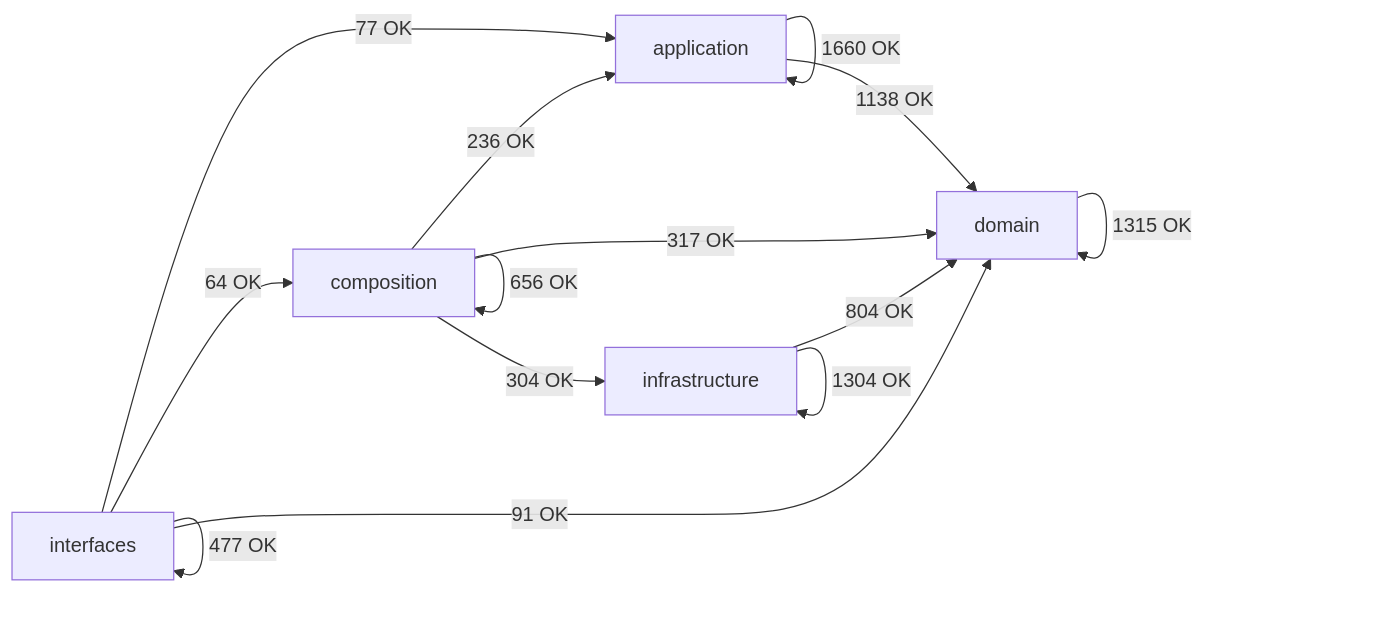
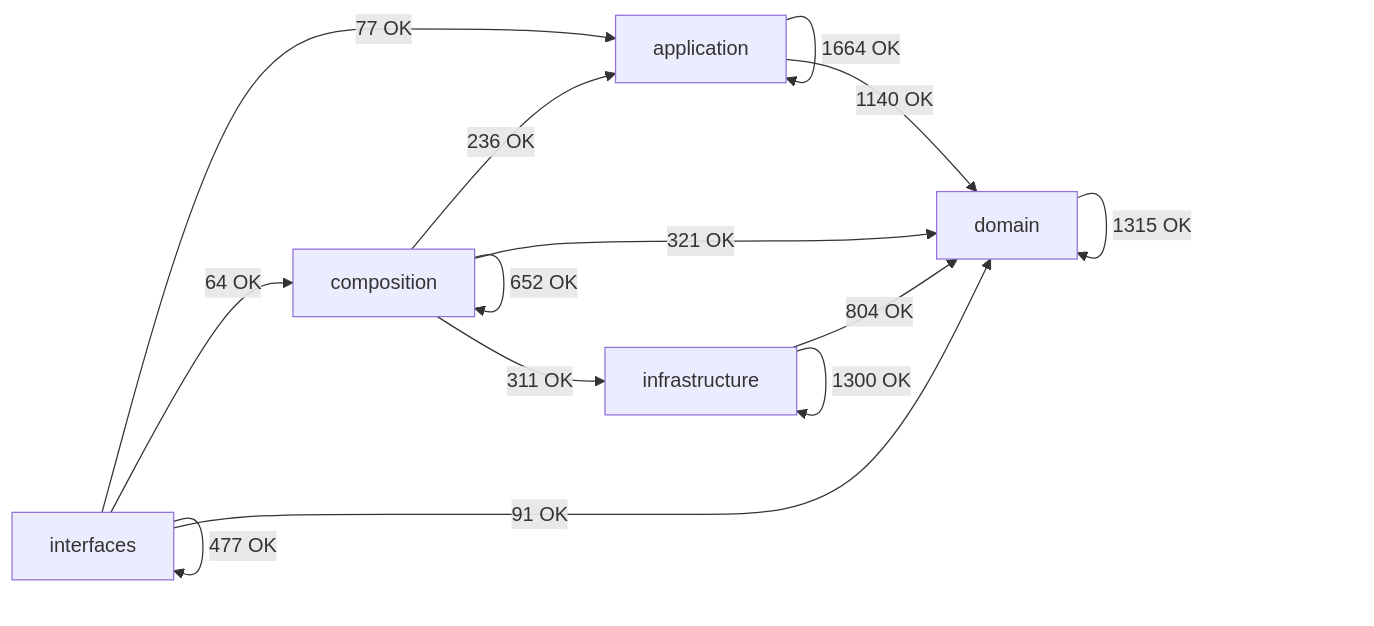
Before and after one commit to SatoryKono/BioactivityDataAcquisition: the diagram in docs/02-architecture/generated/module-dependency-map.md, drawn with Mermaid. The commit also changed other lines of this file and 91 other files, not shown here.

````diff
--- a/docs/02-architecture/generated/module-dependency-map.md
+++ b/docs/02-architecture/generated/module-dependency-map.md
@@ -17,21 +17,21 @@
 ```mermaid
 flowchart LR
     domain[domain]
     application[application]
     infrastructure[infrastructure]
     composition[composition]
     interfaces[interfaces]
-    application -->|1660 OK| application
-    application -->|1138 OK| domain
+    application -->|1664 OK| application
+    application -->|1140 OK| domain
     composition -->|236 OK| application
-    composition -->|656 OK| composition
-    composition -->|317 OK| domain
-    composition -->|304 OK| infrastructure
+    composition -->|652 OK| composition
+    composition -->|321 OK| domain
+    composition -->|311 OK| infrastructure
     domain -->|1315 OK| domain
     infrastructure -->|804 OK| domain
-    infrastructure -->|1304 OK| infrastructure
+    infrastructure -->|1300 OK| infrastructure
     interfaces -->|77 OK| application
     interfaces -->|64 OK| composition
     interfaces -->|91 OK| domain
     interfaces -->|477 OK| interfaces
 ```
````
